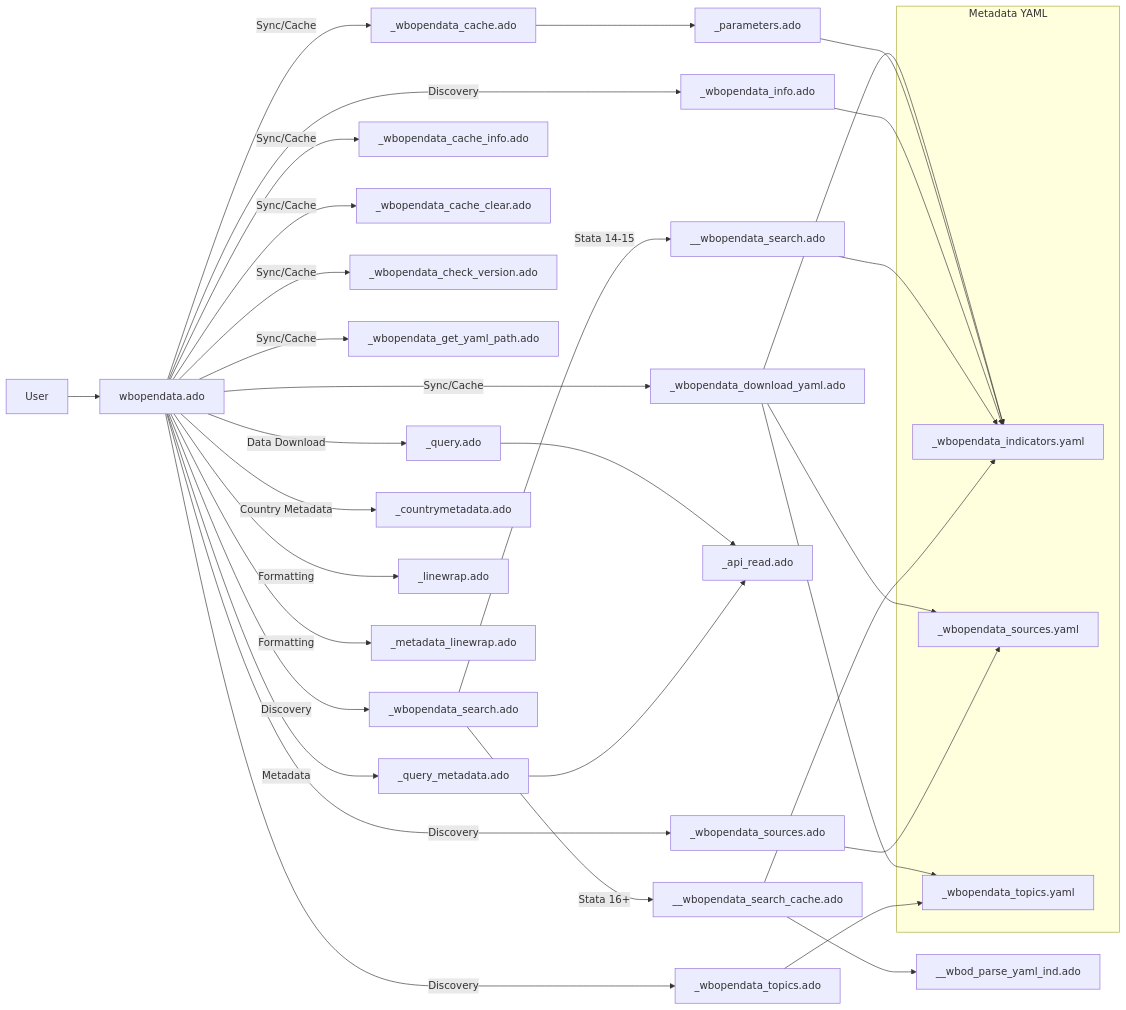
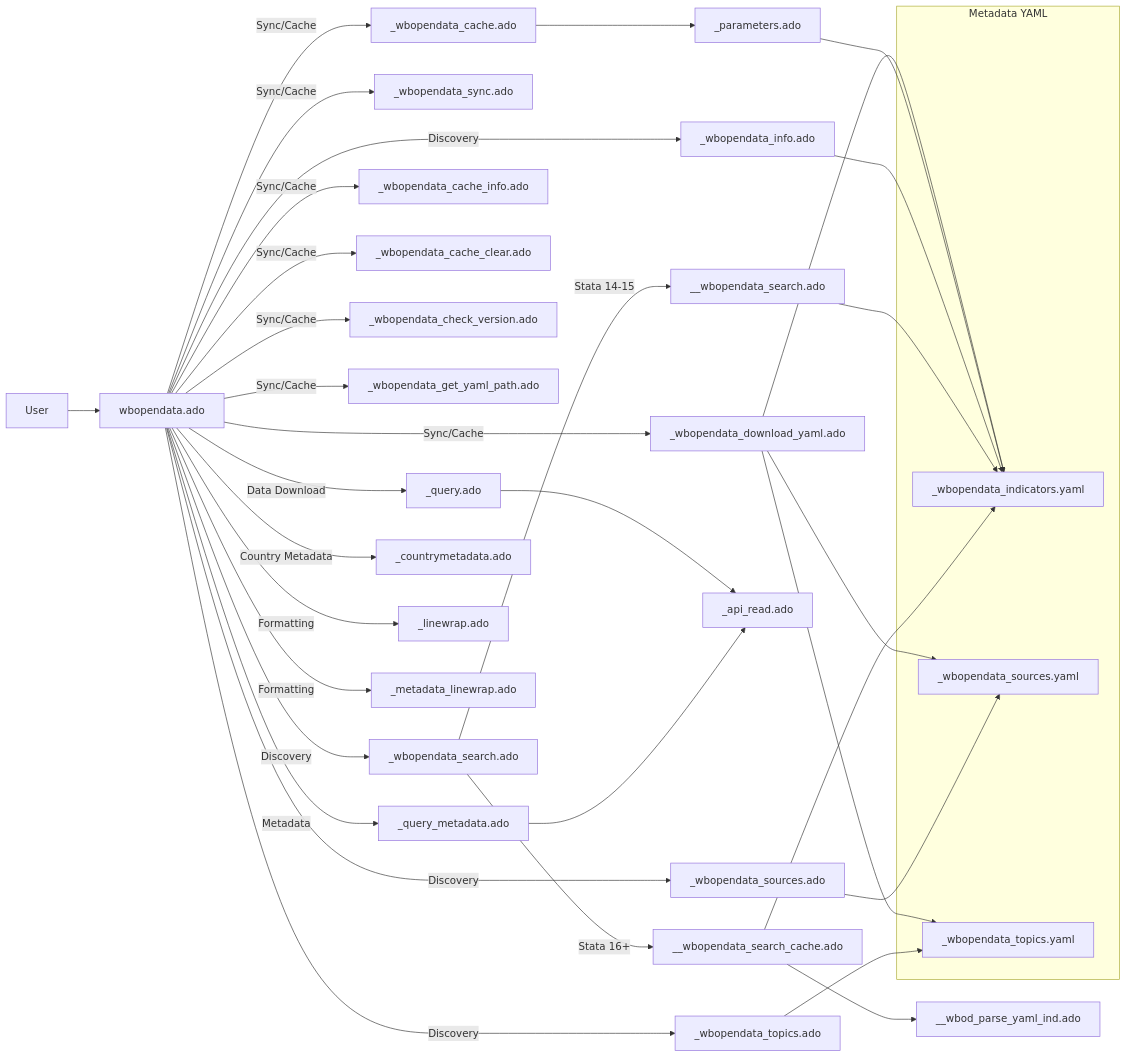
Before and after one commit to jpazvd/wbopendata: the diagram in doc/architecture/ARCHITECTURE.md, drawn with Mermaid. The commit also changed other lines of this file and 14 other files, not shown here.

````diff
--- a/doc/architecture/ARCHITECTURE.md
+++ b/doc/architecture/ARCHITECTURE.md
@@ -7,50 +7,51 @@
 ```mermaid
 flowchart LR
     user[User] --> cmd[wbopendata.ado]
 
     cmd -->|Discovery| sources[_wbopendata_sources.ado]
     cmd -->|Discovery| topics[_wbopendata_topics.ado]
     cmd -->|Discovery| search[_wbopendata_search.ado]
     cmd -->|Discovery| info[_wbopendata_info.ado]
 
+    cmd -->|Sync/Cache| sync[_wbopendata_sync.ado]
     cmd -->|Sync/Cache| cache[_wbopendata_cache.ado]
     cmd -->|Sync/Cache| cacheinfo[_wbopendata_cache_info.ado]
     cmd -->|Sync/Cache| cacheclear[_wbopendata_cache_clear.ado]
     cmd -->|Sync/Cache| checkver[_wbopendata_check_version.ado]
     cmd -->|Sync/Cache| download[_wbopendata_download_yaml.ado]
     cmd -->|Sync/Cache| getpath[_wbopendata_get_yaml_path.ado]
 
     cmd -->|Data Download| query[_query.ado]
     cmd -->|Metadata| qmeta[_query_metadata.ado]
 
     query --> api[_api_read.ado]
     qmeta --> api
 
     cmd -->|Country Metadata| cmeta[_countrymetadata.ado]
 
     search -->|Stata 16+| searchcache[__wbopendata_search_cache.ado]
     search -->|Stata 14-15| searchplain[__wbopendata_search.ado]
     searchcache --> parseyaml[__wbod_parse_yaml_ind.ado]
 
     cmd -->|Formatting| linewrap[_linewrap.ado]
     cmd -->|Formatting| metalinewrap[_metadata_linewrap.ado]
 
     cache --> params[_parameters.ado]
 
     subgraph Metadata YAML
         yamlind[_wbopendata_indicators.yaml]
         yamlsrc[_wbopendata_sources.yaml]
         yamltop[_wbopendata_topics.yaml]
     end
 
     download --> yamlind
     download --> yamlsrc
     download --> yamltop
 
     params --> yamlind
     sources --> yamlsrc
     topics --> yamltop
     info --> yamlind
     searchplain --> yamlind
     searchcache --> yamlind
 ```
````
